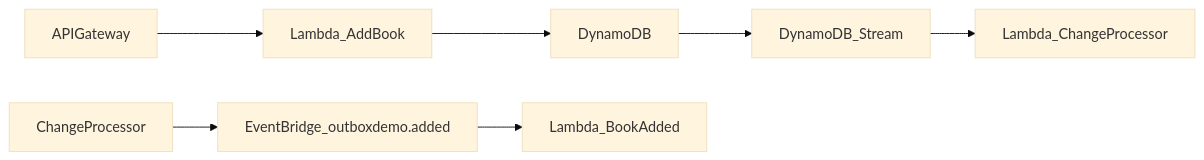
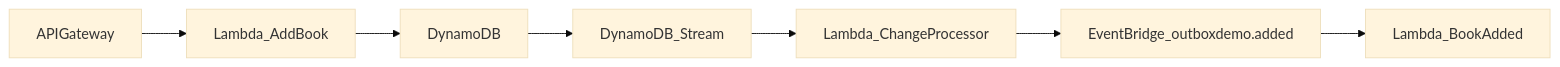
One commit to mikaelvesavuori/aws-serverless-outbox-demo changed the diagram in README.md. Above: the diagram before and after it, drawn with Mermaid (base theme).

````diff
--- a/README.md
+++ b/README.md
@@ -13,9 +13,9 @@
 ```mermaid
 graph LR;
     APIGateway-->Lambda_AddBook;
     Lambda_AddBook-->DynamoDB;
     DynamoDB-->DynamoDB_Stream;
     DynamoDB_Stream-->Lambda_ChangeProcessor;
-    ChangeProcessor-->EventBridge_outboxdemo.added;
+    Lambda_ChangeProcessor-->EventBridge_outboxdemo.added;
     EventBridge_outboxdemo.added-->Lambda_BookAdded;
 ```
````
